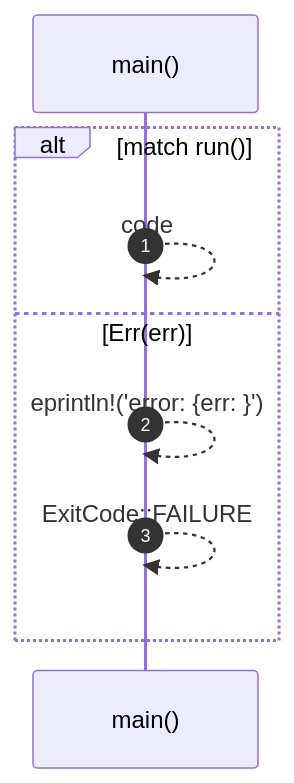
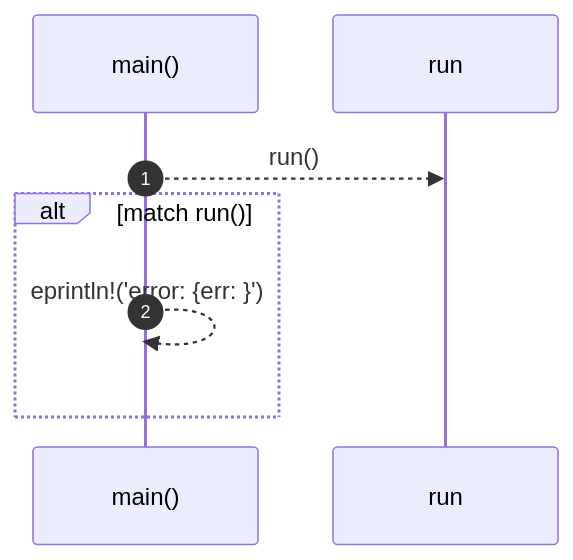
Before and after one commit to RyanGuild/self-describing-code: the diagram in docs/self-model/robby_cli/example_self_model/main.md, drawn with Mermaid. The commit also changed other lines of this file and 1404 other files, not shown here.

````diff
--- a/docs/self-model/robby_cli/example_self_model/main.md
+++ b/docs/self-model/robby_cli/example_self_model/main.md
@@ -24,11 +24,10 @@
 ```mermaid
 sequenceDiagram
     autonumber
     participant main as main()
+    participant run as run
+    main-->>run: run()
     alt match run()
-    main-->>main: code
-    else Err(err)
     main-->>main: eprintln!('error: {err: }')
-    main-->>main: ExitCode::FAILURE
     end
 ```
````
